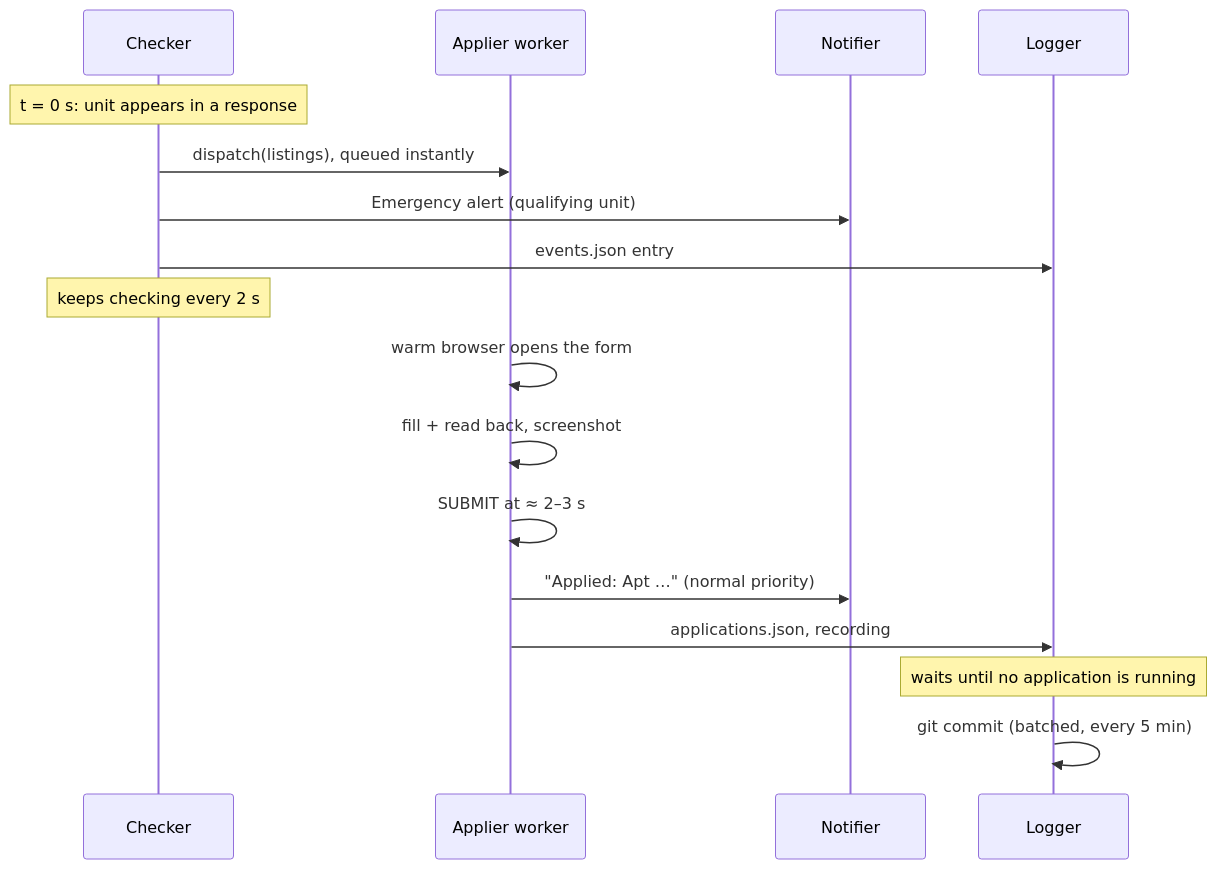
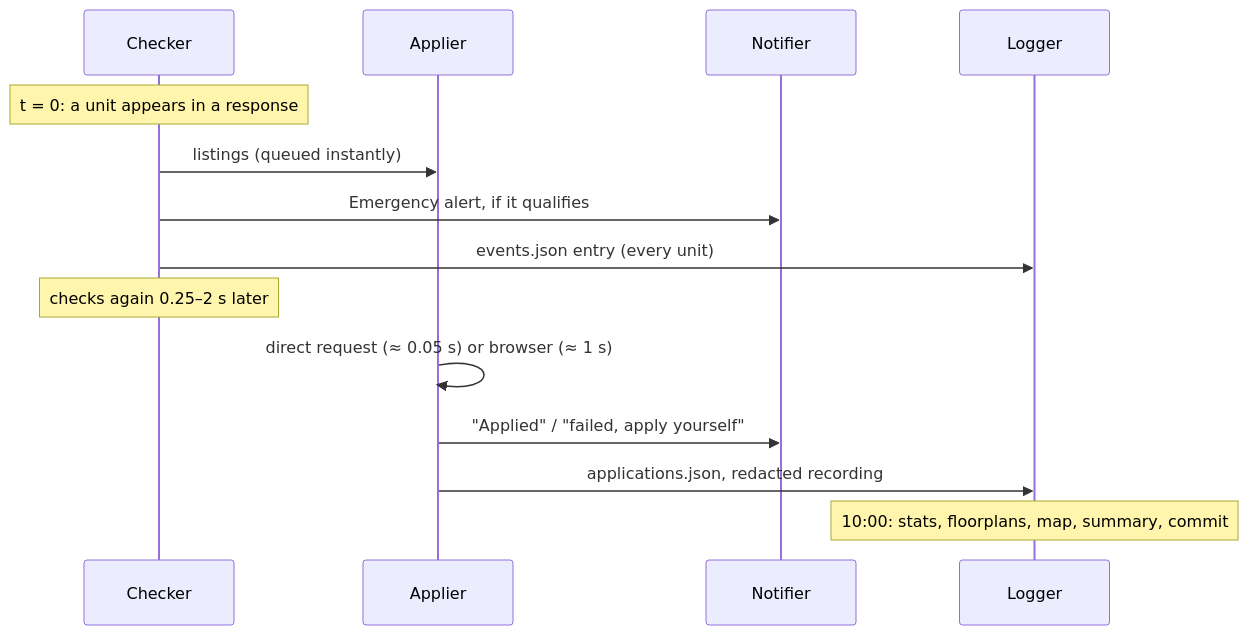
The second of 2 diagrams in docs/architecture.md (cshoffmann/stuytown-affordable-housing-watcher), drawn with Mermaid before and after one commit. The commit also changed other lines of this file and 1 other file, not shown here.

First line of the commit message:
Rewrite the README and architecture doc around how it works now

````diff
--- a/docs/architecture.md
+++ b/docs/architecture.md
@@ -84,19 +44,16 @@
 ```mermaid
 sequenceDiagram
     participant C as Checker
-    participant A as Applier worker
+    participant A as Applier
     participant N as Notifier
     participant L as Logger
-    Note over C: t = 0 s: unit appears in a response
-    C->>A: dispatch(listings), queued instantly
-    C->>N: Emergency alert (qualifying unit)
-    C->>L: events.json entry
-    Note over C: keeps checking every 2 s
-    A->>A: warm browser opens the form
-    A->>A: fill + read back, screenshot
-    A->>A: SUBMIT at ≈ 2–3 s
-    A->>N: "Applied: Apt …" (normal priority)
-    A->>L: applications.json, recording
-    Note over L: waits until no application is running
-    L->>L: git commit (batched, every 5 min)
+    Note over C: t = 0: a unit appears in a response
+    C->>A: listings (queued instantly)
+    C->>N: Emergency alert, if it qualifies
+    C->>L: events.json entry (every unit)
+    Note over C: checks again 0.25–2 s later
+    A->>A: direct request (≈ 0.05 s) or browser (≈ 1 s)
+    A->>N: "Applied" / "failed, apply yourself"
+    A->>L: applications.json, redacted recording
+    Note over L: 10:00: stats, floorplans, map, summary, commit
 ```
````
